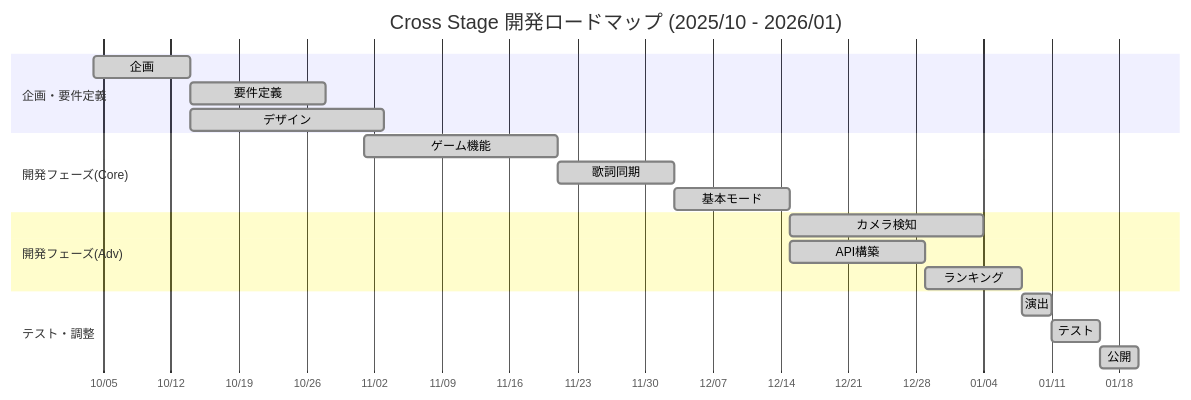
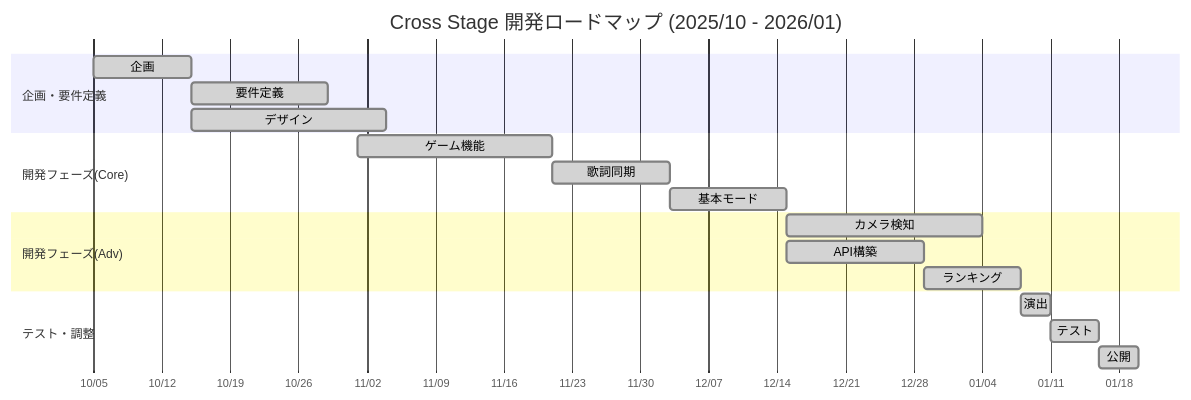
The sixth of 9 diagrams in README.md (syusyusyusyu/star), drawn with Mermaid before and after one commit.

Commit message:
fix: 企画の開始日を2025-10-04から2025-10-05に変更

````diff
--- a/README.md
+++ b/README.md
@@ -193,26 +193,26 @@
 ```mermaid
 gantt
     title Cross Stage 開発ロードマップ (2025/10 - 2026/01)
     dateFormat  YYYY-MM-DD
     axisFormat %m/%d
     
     section 企画・要件定義
-    企画               :done, a1, 2025-10-04, 10d
+    企画               :done, a1, 2025-10-05, 10d
     要件定義           :done, a2, after a1, 14d
     デザイン           :done, a3, after a1, 20d
     
     section 開発フェーズ(Core)
     ゲーム機能       :done, b1, 2025-11-01, 20d
     歌詞同期           :done, b2, after b1, 12d
     基本モード         :done, b3, after b2, 12d
     
     section 開発フェーズ(Adv)
     カメラ検知         :done, c1, after b3, 20d
     API構築            :done, c2, after b3, 14d
     ランキング         :done, c3, after c2, 10d
     
     section テスト・調整
     演出               :done, d1, 2026-01-08, 3d
     テスト             :done, d2, after d1, 5d
     公開               :done, d3, after d2, 4d
 ```
````
